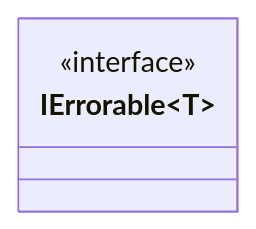
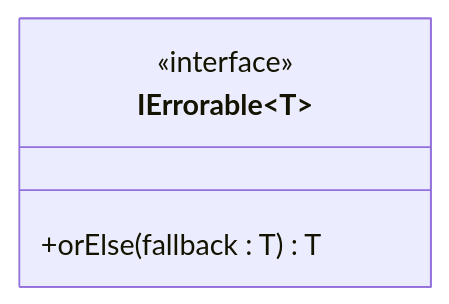
One commit to SotaTne/ocrjs changed the diagram in packages/docs/e2e/typedoc/fixtures/project4/mermaid/IErrorable.md. Above: the diagram before and after it, drawn with Mermaid. The commit also changed 33 other files, not shown here.

Commit message:
feat(docs): normalize typedoc uml graph edges

````diff
--- a/packages/docs/e2e/typedoc/fixtures/project4/mermaid/IErrorable.md
+++ b/packages/docs/e2e/typedoc/fixtures/project4/mermaid/IErrorable.md
@@ -1,8 +1,9 @@
 ```mermaid
 classDiagram
 class uml_IErrorable_T_["IErrorable&lt;T&gt;"] {
   <<interface>>
+  +orElse(fallback : T) T
 }
 
 click uml_IErrorable_T_ href "../README.md" "IErrorable&lt;T&gt;"
 ```
````
